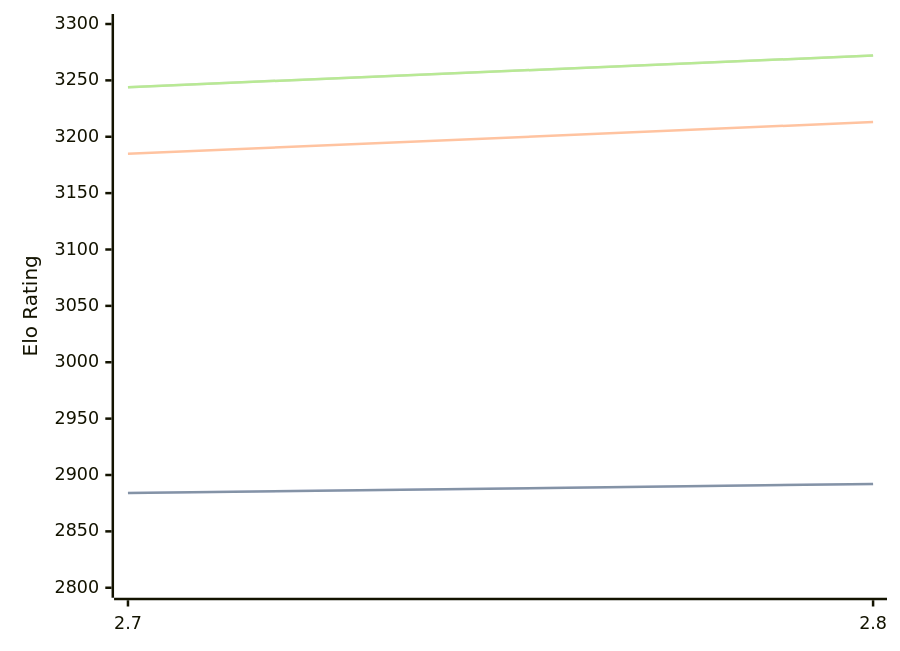
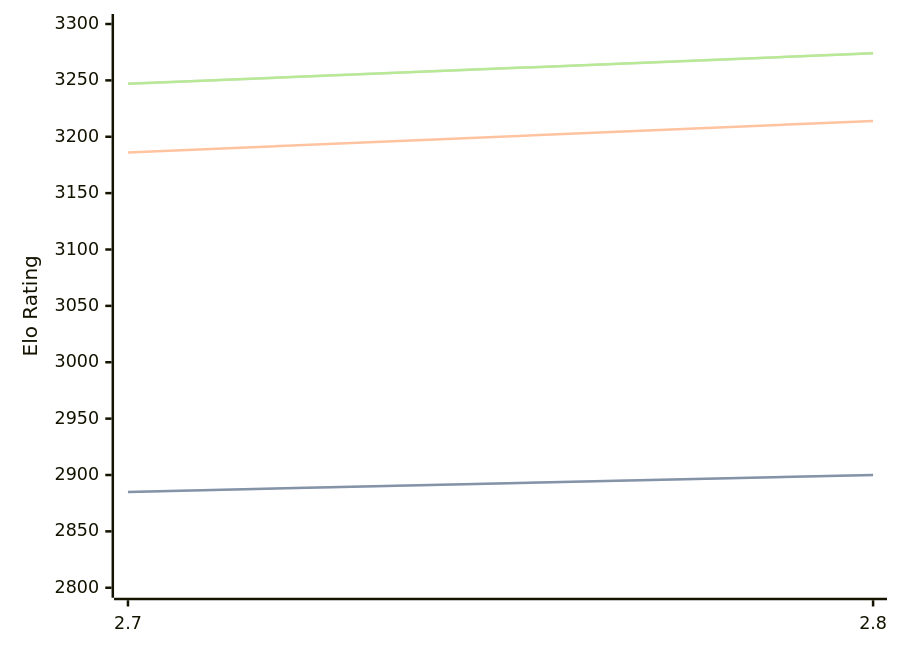
Before and after one commit to computer-chess-index/cci: the diagram in engines/Arcanum.md, drawn with Mermaid. The commit also changed other lines of this file, not shown here.

Commit message:
Update CCI Ratings (ELO VLTC) - 2026-06-11

````diff
--- a/engines/Arcanum.md
+++ b/engines/Arcanum.md
@@ -44,11 +44,11 @@
 ```mermaid
 %%{init: {"theme":"base","themeVariables":{"seriesColors:['#a3a3a3','#222221','#faa371']}}}%%
 xychart-beta
   x-axis ["2.7", "2.8"]
   y-axis "Elo Rating" 2800 --> 3300
-  line "STC (8.0+0.08s)" [2884, 2892]
-  line "STC (8.0+0.08s)" [2884, 2892]
-  line "LTC (60.0+0.60s)" [3185, 3213]
-  line "VLTC (2m24s+1.12s)" [3244, 3272]
-  line "VLTC (2m24s+1.12s)" [3244, 3272]
+  line "STC (8.0+0.08s)" [2885, 2900]
+  line "STC (8.0+0.08s)" [2885, 2900]
+  line "LTC (60.0+0.60s)" [3186, 3214]
+  line "VLTC (2m24s+1.12s)" [3247, 3274]
+  line "VLTC (2m24s+1.12s)" [3247, 3274]
 ```
````
